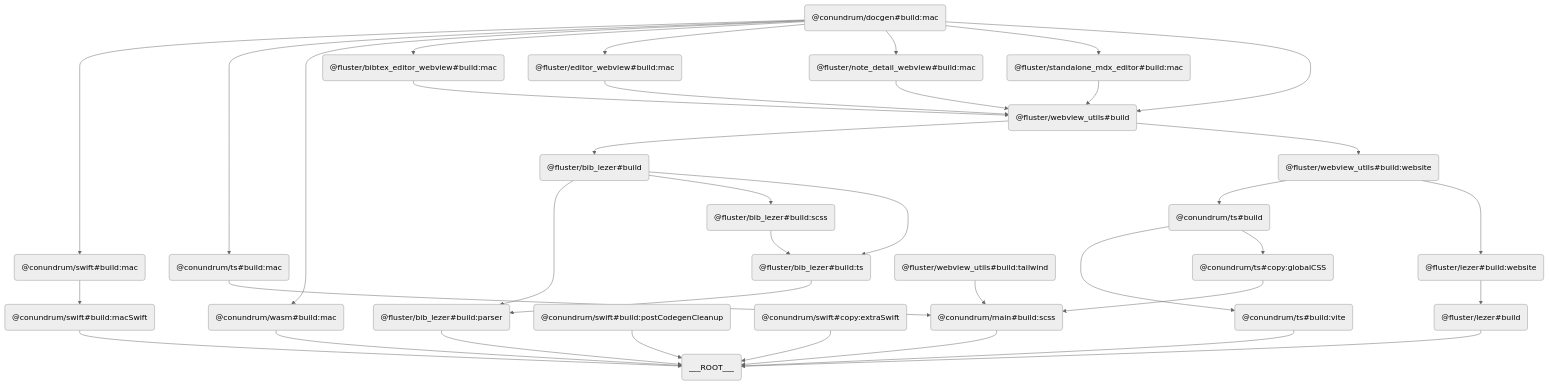
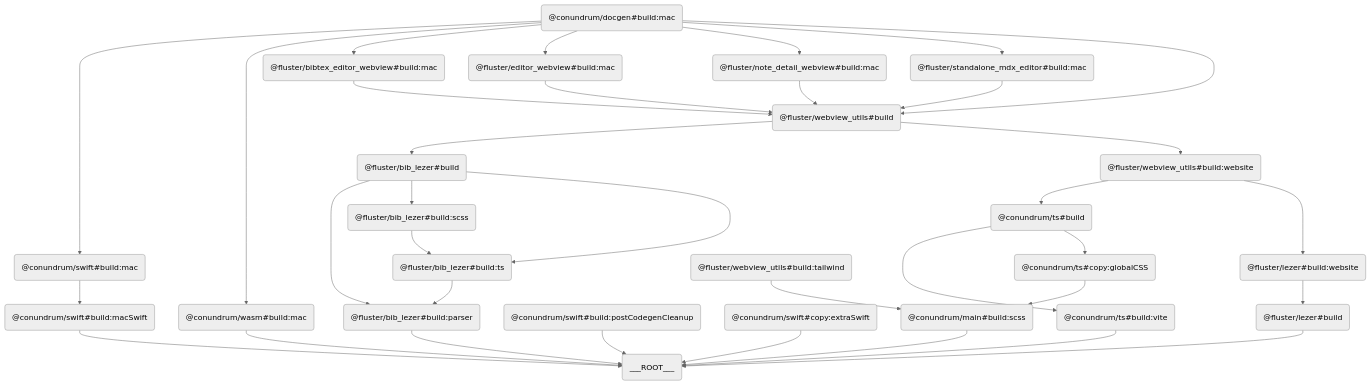
Before and after one commit to flusterIO/fluster-ipad: the diagram in docs/development/build_flow/macos_build.mermaid, drawn with Mermaid (neutral theme). The commit also changed 49 other files, not shown here.

```diff
--- a/docs/development/build_flow/macos_build.mermaid
+++ b/docs/development/build_flow/macos_build.mermaid
@@ -1,37 +1,35 @@
 graph TD
 	RPGS("@conundrum/docgen#build:mac") --> ETQY("@conundrum/swift#build:mac")
-	RPGS("@conundrum/docgen#build:mac") --> KEFT("@conundrum/ts#build:mac")
-	RPGS("@conundrum/docgen#build:mac") --> PRBV("@conundrum/wasm#build:mac")
-	RPGS("@conundrum/docgen#build:mac") --> CXPQ("@fluster/bibtex_editor_webview#build:mac")
-	RPGS("@conundrum/docgen#build:mac") --> MLKN("@fluster/editor_webview#build:mac")
-	RPGS("@conundrum/docgen#build:mac") --> ZHXY("@fluster/note_detail_webview#build:mac")
-	RPGS("@conundrum/docgen#build:mac") --> OVTW("@fluster/standalone_mdx_editor#build:mac")
-	RPGS("@conundrum/docgen#build:mac") --> NDRI("@fluster/webview_utils#build")
-	WGGN("@conundrum/main#build:scss") --> RDVF("___ROOT___")
-	ETQY("@conundrum/swift#build:mac") --> PVEJ("@conundrum/swift#build:macSwift")
-	PVEJ("@conundrum/swift#build:macSwift") --> RDVF("___ROOT___")
-	CHNJ("@conundrum/swift#build:postCodegenCleanup") --> RDVF("___ROOT___")
-	SXVB("@conundrum/swift#copy:extraSwift") --> RDVF("___ROOT___")
-	VVSC("@conundrum/ts#build") --> WAGD("@conundrum/ts#build:vite")
-	VVSC("@conundrum/ts#build") --> CQCF("@conundrum/ts#copy:globalCSS")
-	KEFT("@conundrum/ts#build:mac") --> WGGN("@conundrum/main#build:scss")
-	WAGD("@conundrum/ts#build:vite") --> RDVF("___ROOT___")
-	CQCF("@conundrum/ts#copy:globalCSS") --> WGGN("@conundrum/main#build:scss")
-	PRBV("@conundrum/wasm#build:mac") --> RDVF("___ROOT___")
-	NOOO("@fluster/bib_lezer#build") --> CKYN("@fluster/bib_lezer#build:parser")
-	NOOO("@fluster/bib_lezer#build") --> GPSL("@fluster/bib_lezer#build:scss")
-	NOOO("@fluster/bib_lezer#build") --> QHDQ("@fluster/bib_lezer#build:ts")
-	CKYN("@fluster/bib_lezer#build:parser") --> RDVF("___ROOT___")
-	GPSL("@fluster/bib_lezer#build:scss") --> QHDQ("@fluster/bib_lezer#build:ts")
-	QHDQ("@fluster/bib_lezer#build:ts") --> CKYN("@fluster/bib_lezer#build:parser")
-	CXPQ("@fluster/bibtex_editor_webview#build:mac") --> NDRI("@fluster/webview_utils#build")
-	MLKN("@fluster/editor_webview#build:mac") --> NDRI("@fluster/webview_utils#build")
-	JJLV("@fluster/lezer#build") --> RDVF("___ROOT___")
-	QLYZ("@fluster/lezer#build:website") --> JJLV("@fluster/lezer#build")
-	ZHXY("@fluster/note_detail_webview#build:mac") --> NDRI("@fluster/webview_utils#build")
-	OVTW("@fluster/standalone_mdx_editor#build:mac") --> NDRI("@fluster/webview_utils#build")
-	NDRI("@fluster/webview_utils#build") --> NOOO("@fluster/bib_lezer#build")
-	NDRI("@fluster/webview_utils#build") --> ORSQ("@fluster/webview_utils#build:website")
-	JKAP("@fluster/webview_utils#build:tailwind") --> WGGN("@conundrum/main#build:scss")
-	ORSQ("@fluster/webview_utils#build:website") --> VVSC("@conundrum/ts#build")
-	ORSQ("@fluster/webview_utils#build:website") --> QLYZ("@fluster/lezer#build:website")
+	RPGS("@conundrum/docgen#build:mac") --> KEFT("@conundrum/wasm#build:mac")
+	RPGS("@conundrum/docgen#build:mac") --> PRBV("@fluster/bibtex_editor_webview#build:mac")
+	RPGS("@conundrum/docgen#build:mac") --> CXPQ("@fluster/editor_webview#build:mac")
+	RPGS("@conundrum/docgen#build:mac") --> MLKN("@fluster/note_detail_webview#build:mac")
+	RPGS("@conundrum/docgen#build:mac") --> ZHXY("@fluster/standalone_mdx_editor#build:mac")
+	RPGS("@conundrum/docgen#build:mac") --> OVTW("@fluster/webview_utils#build")
+	NDRI("@conundrum/main#build:scss") --> WGGN("___ROOT___")
+	ETQY("@conundrum/swift#build:mac") --> RDVF("@conundrum/swift#build:macSwift")
+	RDVF("@conundrum/swift#build:macSwift") --> WGGN("___ROOT___")
+	PVEJ("@conundrum/swift#build:postCodegenCleanup") --> WGGN("___ROOT___")
+	CHNJ("@conundrum/swift#copy:extraSwift") --> WGGN("___ROOT___")
+	SXVB("@conundrum/ts#build") --> VVSC("@conundrum/ts#build:vite")
+	SXVB("@conundrum/ts#build") --> WAGD("@conundrum/ts#copy:globalCSS")
+	VVSC("@conundrum/ts#build:vite") --> WGGN("___ROOT___")
+	WAGD("@conundrum/ts#copy:globalCSS") --> NDRI("@conundrum/main#build:scss")
+	KEFT("@conundrum/wasm#build:mac") --> WGGN("___ROOT___")
+	CQCF("@fluster/bib_lezer#build") --> NOOO("@fluster/bib_lezer#build:parser")
+	CQCF("@fluster/bib_lezer#build") --> CKYN("@fluster/bib_lezer#build:scss")
+	CQCF("@fluster/bib_lezer#build") --> GPSL("@fluster/bib_lezer#build:ts")
+	NOOO("@fluster/bib_lezer#build:parser") --> WGGN("___ROOT___")
+	CKYN("@fluster/bib_lezer#build:scss") --> GPSL("@fluster/bib_lezer#build:ts")
+	GPSL("@fluster/bib_lezer#build:ts") --> NOOO("@fluster/bib_lezer#build:parser")
+	PRBV("@fluster/bibtex_editor_webview#build:mac") --> OVTW("@fluster/webview_utils#build")
+	CXPQ("@fluster/editor_webview#build:mac") --> OVTW("@fluster/webview_utils#build")
+	QHDQ("@fluster/lezer#build") --> WGGN("___ROOT___")
+	JJLV("@fluster/lezer#build:website") --> QHDQ("@fluster/lezer#build")
+	MLKN("@fluster/note_detail_webview#build:mac") --> OVTW("@fluster/webview_utils#build")
+	ZHXY("@fluster/standalone_mdx_editor#build:mac") --> OVTW("@fluster/webview_utils#build")
+	OVTW("@fluster/webview_utils#build") --> CQCF("@fluster/bib_lezer#build")
+	OVTW("@fluster/webview_utils#build") --> QLYZ("@fluster/webview_utils#build:website")
+	ORSQ("@fluster/webview_utils#build:tailwind") --> NDRI("@conundrum/main#build:scss")
+	QLYZ("@fluster/webview_utils#build:website") --> SXVB("@conundrum/ts#build")
+	QLYZ("@fluster/webview_utils#build:website") --> JJLV("@fluster/lezer#build:website")
```
